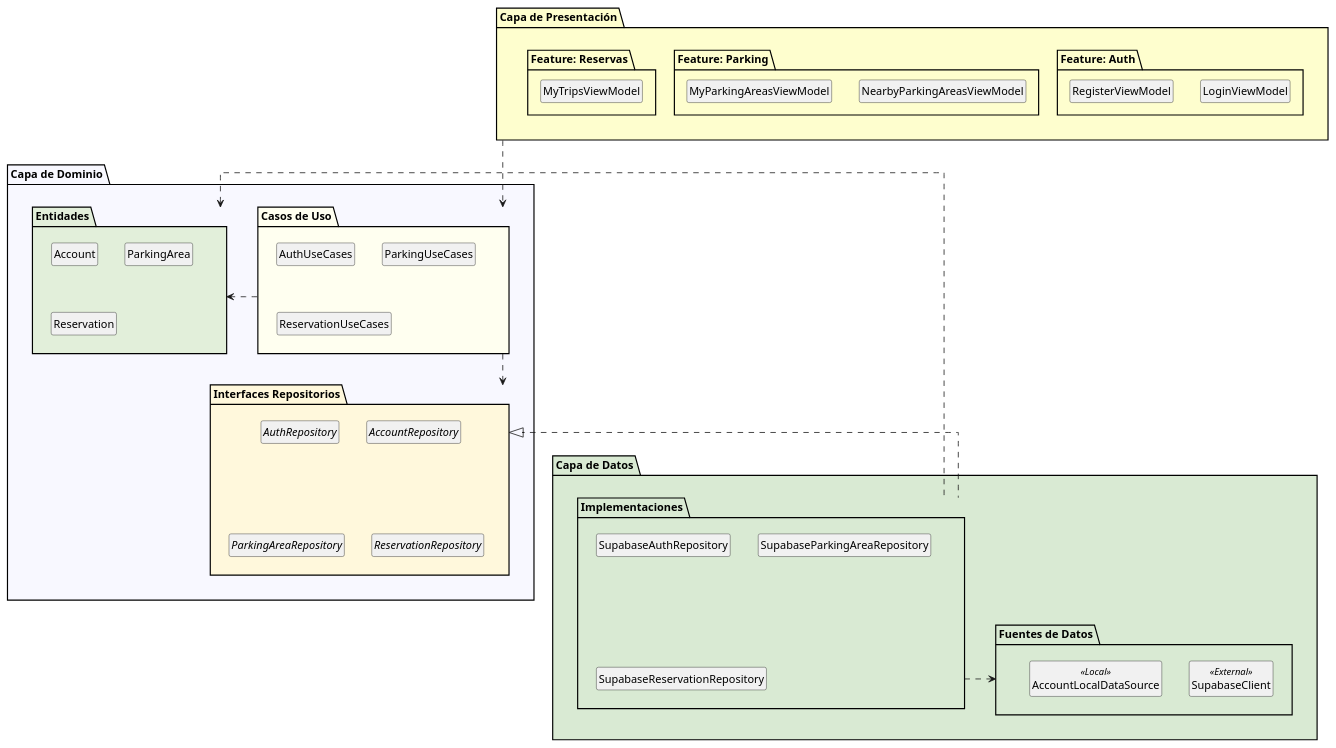
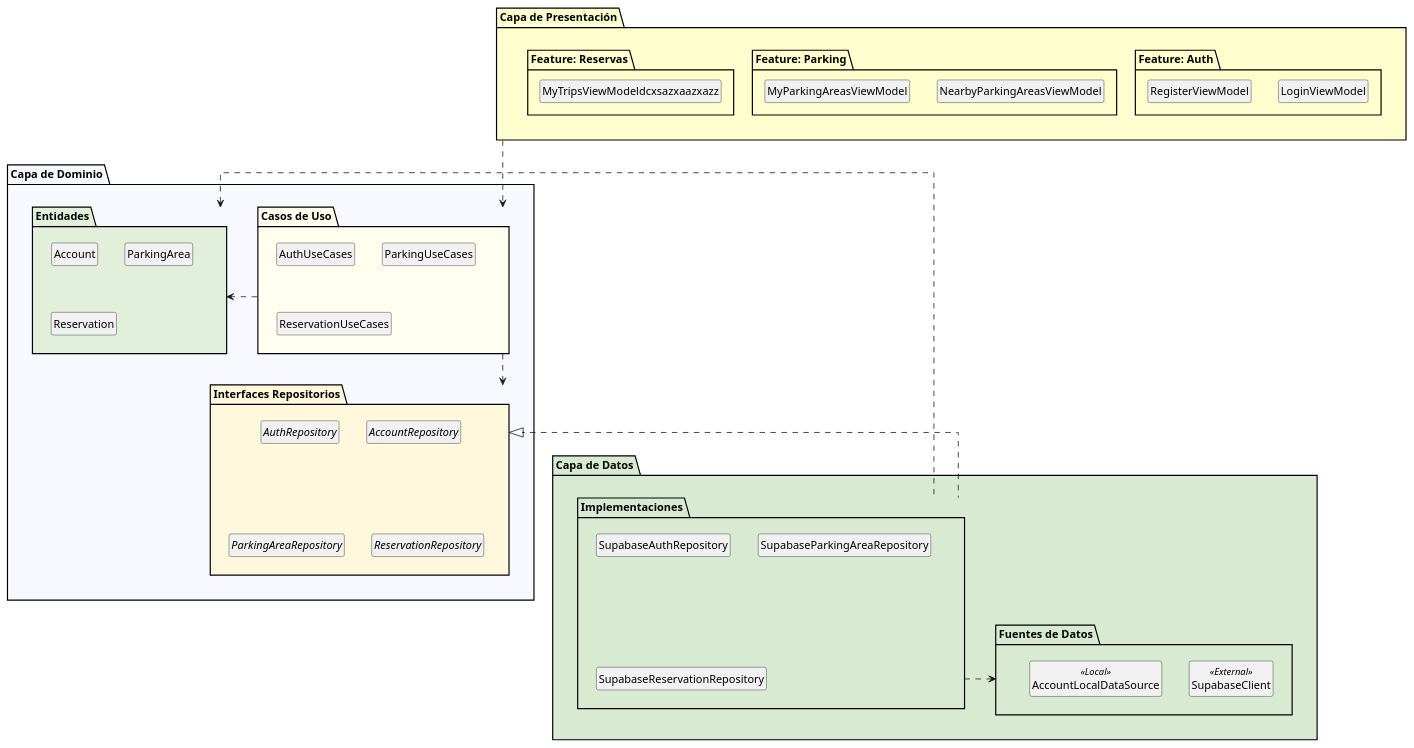
The diagram in docs/diseño/Diagramas de clases/General.puml (mmmatanza/BikeParkingApp), drawn with PlantUML before and after one commit. The commit also changed 9 other files, not shown here.

Commit message:
Añadidos diagramas de UI, datos, clases y actividad

```diff
--- a/docs/diseño/Diagramas de clases/General.puml
+++ b/docs/diseño/Diagramas de clases/General.puml
@@ -2,63 +2,63 @@
 @startuml general
 skinparam style strictuml
 skinparam linetype ortho
 hide empty members
 
 package "Capa de Presentación" #FEFECE {
     package "Feature: Auth" {
         class LoginViewModel
         class RegisterViewModel
     }
     package "Feature: Parking" {
         class NearbyParkingAreasViewModel
         class MyParkingAreasViewModel
     }
     package "Feature: Reservas" {
-        class MyTripsViewModel
+        class MyTripsViewModeldcxsazxaazxazz
     }
 }
 
 package "Capa de Dominio" #GhostWhite {
     package "Casos de Uso" #Ivory {
         class "AuthUseCases" << (B,orchid) >>
         class "ParkingUseCases" << (B,orchid) >>
         class "ReservationUseCases" << (B,orchid) >>
     }
 
     package "Entidades" #E2EFDA {
         class Account
         class ParkingArea
         class Reservation
     }
 
     package "Interfaces Repositorios" #Cornsilk {
         interface AuthRepository
         interface AccountRepository
         interface ParkingAreaRepository
         interface ReservationRepository
     }
 }
 
 package "Capa de Datos" #D9EAD3 {
     package "Implementaciones" {
         class SupabaseAuthRepository
         class SupabaseParkingAreaRepository
         class SupabaseReservationRepository
     }
 
     package "Fuentes de Datos" {
         class SupabaseClient <<External>>
         class AccountLocalDataSource <<Local>>
     }
 }
 
 ' Relaciones de dependencia
 "Capa de Presentación" .down.> "Casos de Uso"
 "Casos de Uso" .down.> "Interfaces Repositorios"
 "Casos de Uso" .right.> "Entidades"
 
 "Implementaciones" .up.|> "Interfaces Repositorios"
 "Implementaciones" .down.> "Fuentes de Datos"
 "Implementaciones" .left.> "Entidades"
 
 @enduml
```
